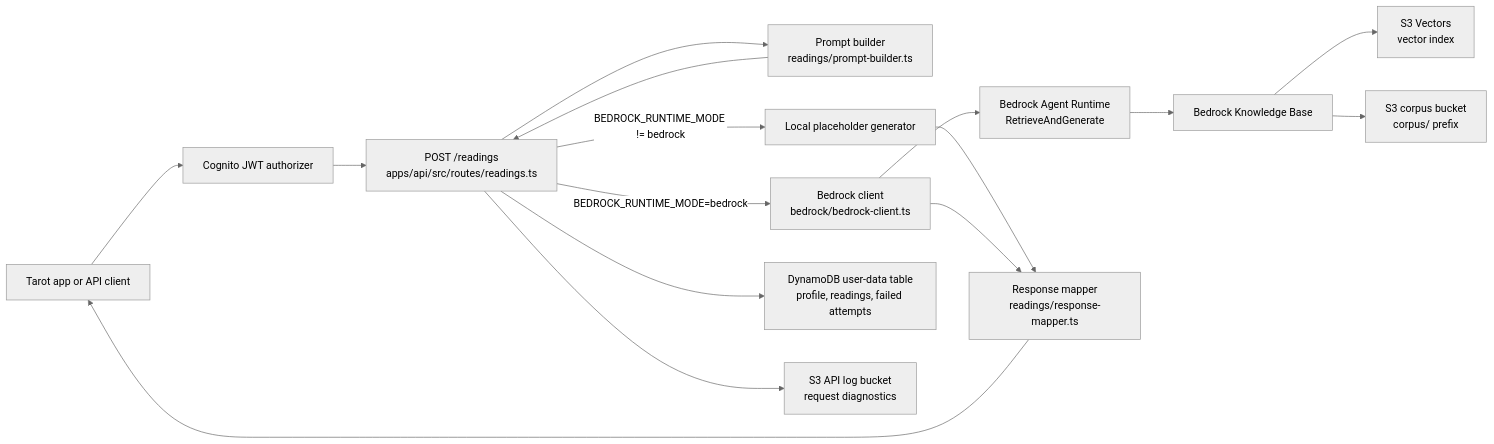
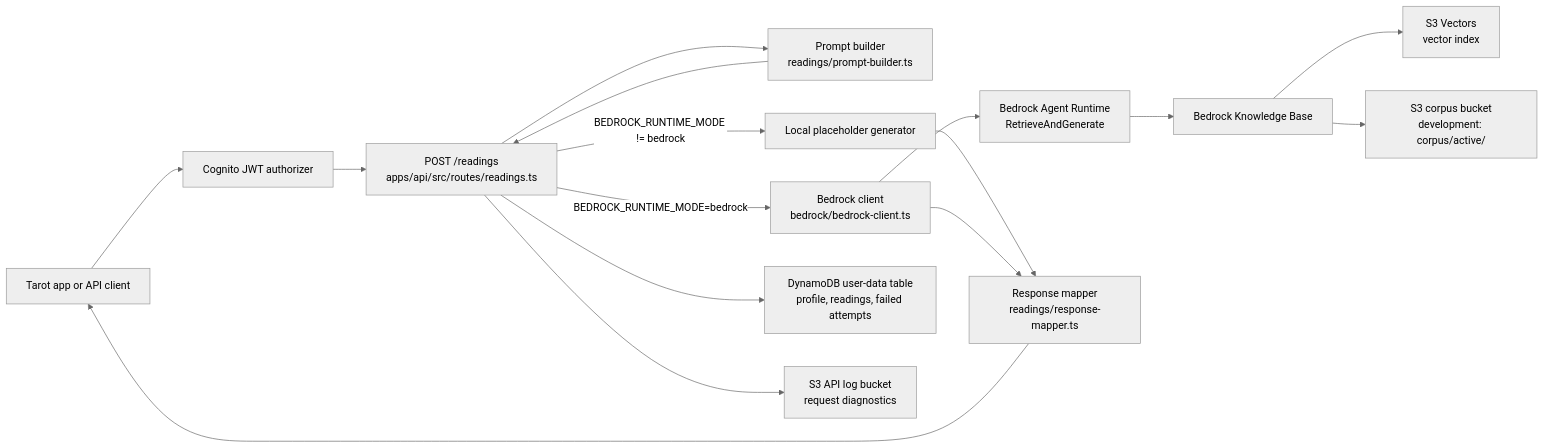
One commit to ava-collins/simple-tarot changed the first of 3 diagrams in docs/bedrock_rag_api_integration.md. Above: the diagram before and after it, drawn with Mermaid (neutral theme). The commit also changed other lines of this file and 11 other files, not shown here.

````diff
--- a/docs/bedrock_rag_api_integration.md
+++ b/docs/bedrock_rag_api_integration.md
@@ -28,32 +28,32 @@
 ```mermaid
 flowchart LR
     Mobile["Tarot app or API client"]
     Auth["Cognito JWT authorizer"]
     Route["POST /readings<br/>apps/api/src/routes/readings.ts"]
     Prompt["Prompt builder<br/>readings/prompt-builder.ts"]
     Local["Local placeholder generator"]
     BedrockClient["Bedrock client<br/>bedrock/bedrock-client.ts"]
     Runtime["Bedrock Agent Runtime<br/>RetrieveAndGenerate"]
     KB["Bedrock Knowledge Base"]
     Vectors["S3 Vectors<br/>vector index"]
-    S3["S3 corpus bucket<br/>corpus/ prefix"]
+    S3["S3 corpus bucket<br/>development: corpus/active/"]
     Mapper["Response mapper<br/>readings/response-mapper.ts"]
     DDB["DynamoDB user-data table<br/>profile, readings, failed attempts"]
     Logs["S3 API log bucket<br/>request diagnostics"]
 
     Mobile --> Auth
     Auth --> Route
     Route --> Prompt
     Prompt --> Route
     Route -->|"BEDROCK_RUNTIME_MODE != bedrock"| Local
     Route -->|"BEDROCK_RUNTIME_MODE=bedrock"| BedrockClient
     BedrockClient --> Runtime
     Runtime --> KB
     KB --> Vectors
     KB --> S3
     Local --> Mapper
     BedrockClient --> Mapper
     Route --> DDB
     Route --> Logs
     Mapper --> Mobile
 ```
````
